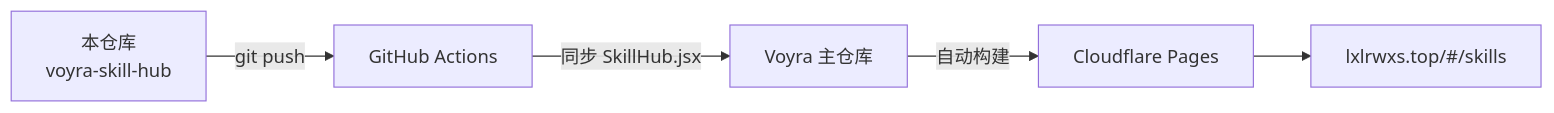
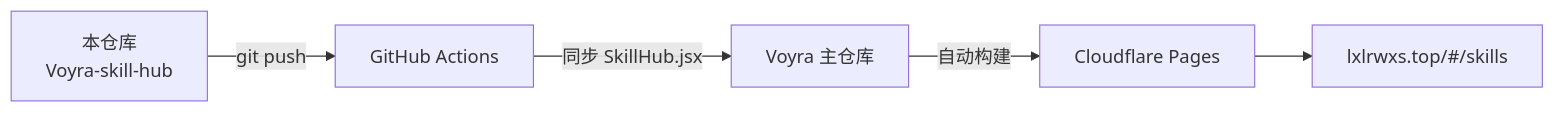
Before and after one commit to liixnglinb/Voyra-skill-hub: the diagram in README.md, drawn with Mermaid. The commit also changed other lines of this file, not shown here.

Commit message:
docs: repo renamed voyra-skill-hub -> Voyra-skill-hub, update README links

````diff
--- a/README.md
+++ b/README.md
@@ -67,7 +67,7 @@
 ```mermaid
 flowchart LR
-  A["本仓库<br/>voyra-skill-hub"] -->|git push| B["GitHub Actions"]
+  A["本仓库<br/>Voyra-skill-hub"] -->|git push| B["GitHub Actions"]
   B -->|同步 SkillHub.jsx| C["Voyra 主仓库"]
   C -->|自动构建| D["Cloudflare Pages"]
   D --> E["lxlrwxs.top/#/skills"]
 ```
````
